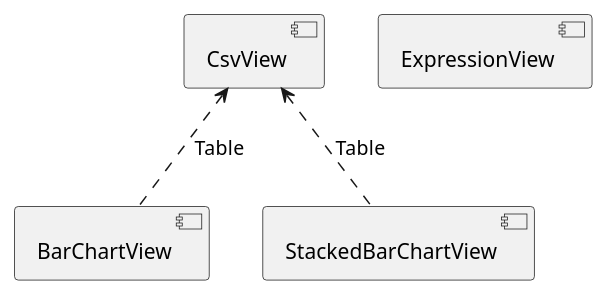
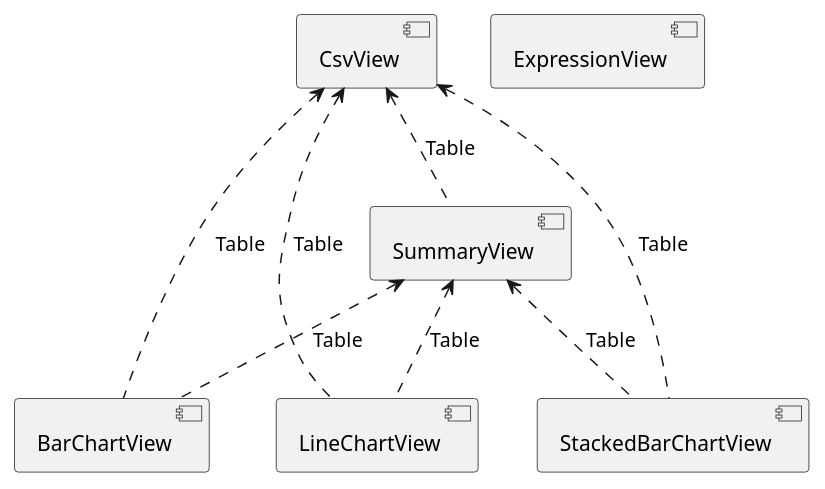
Before and after one commit to hallvard/wb-fx: the diagram in app/src/main/resources/markdown/plantuml/view-dependencies.puml, drawn with PlantUML. The commit also changed 3 other files, not shown here.

```diff
--- a/app/src/main/resources/markdown/plantuml/view-dependencies.puml
+++ b/app/src/main/resources/markdown/plantuml/view-dependencies.puml
@@ -1,12 +1,20 @@
 @startuml view-dependencies
 
 component CsvView
+component SummaryView
 component BarChartView
 component StackedBarChartView
+component LineChartView
 
 CsvView <.. BarChartView : Table
 CsvView <.. StackedBarChartView : Table
+CsvView <.. LineChartView : Table
+CsvView <.. SummaryView : Table
+
+SummaryView <.. BarChartView : Table
+SummaryView <.. StackedBarChartView : Table
+SummaryView <.. LineChartView : Table
 
 component ExpressionView
 
 @enduml
```
